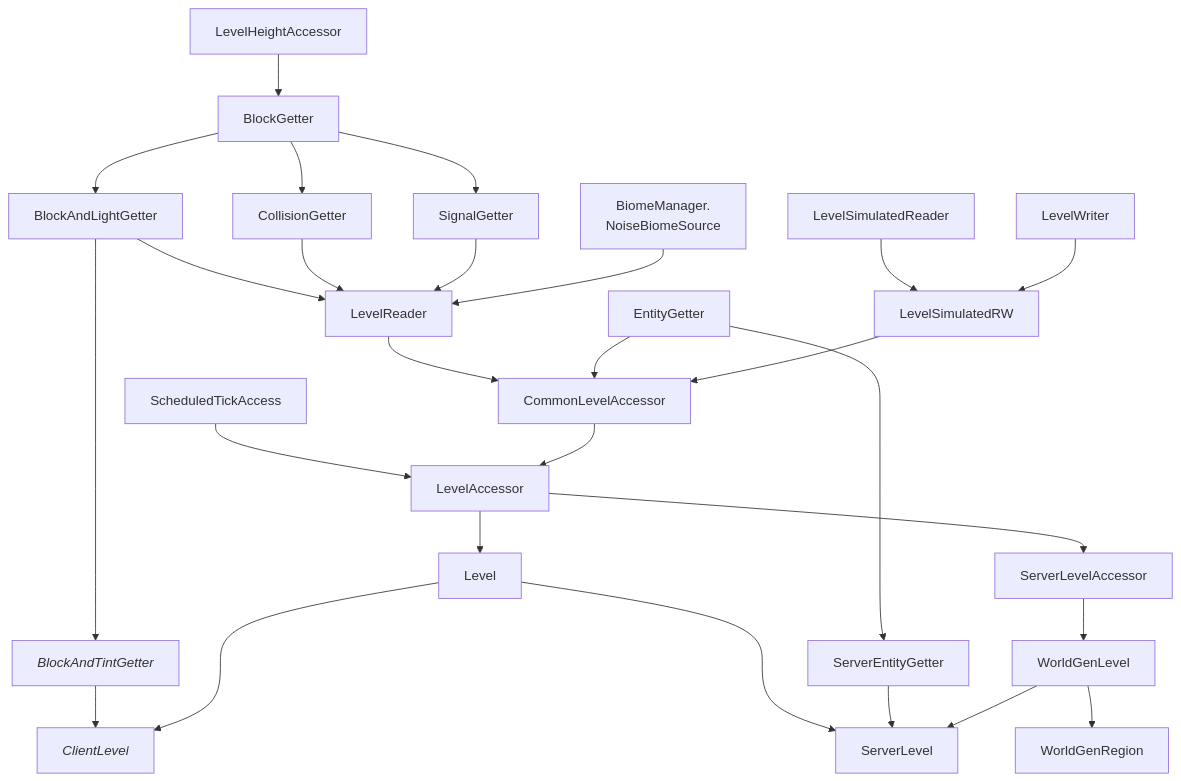
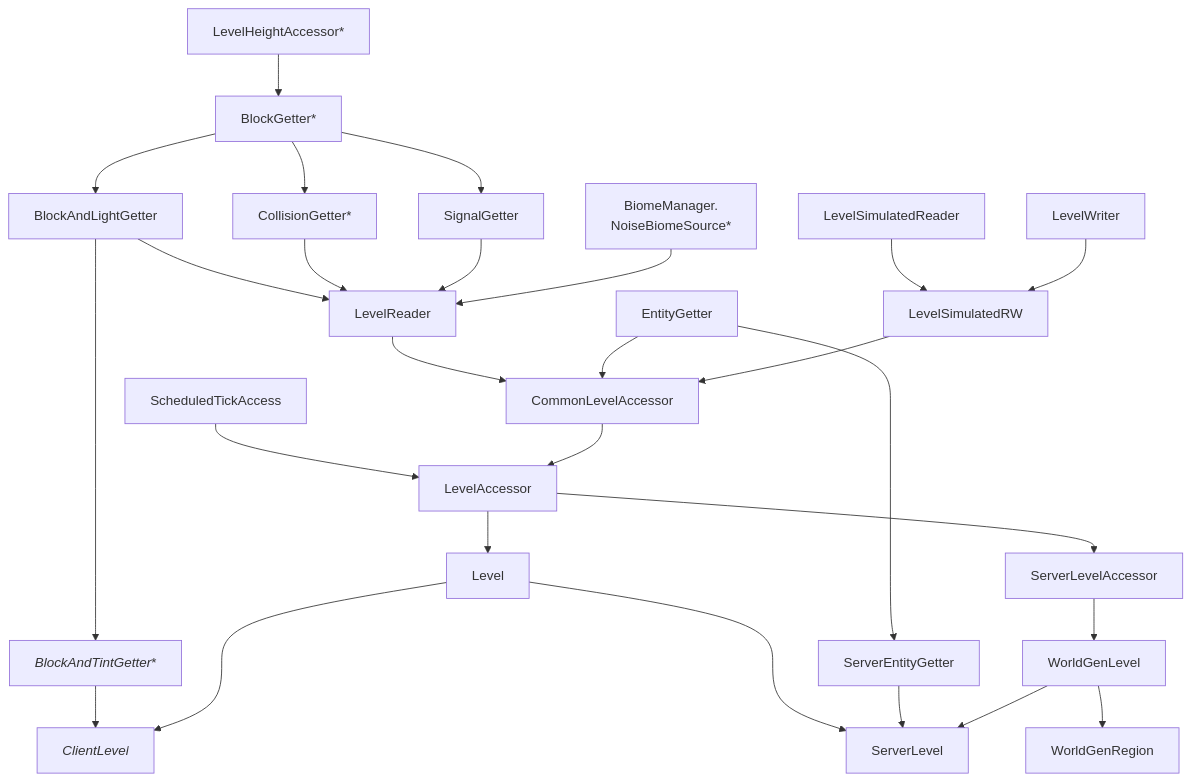
Before and after one commit to neoforged/Documentation: the diagram in docs/misc/levels.md, drawn with Mermaid. The commit also changed other lines of this file, not shown here.

Commit message:
add asterisks to classes used outside the level hierarchy

````diff
--- a/docs/misc/levels.md
+++ b/docs/misc/levels.md
@@ -13,22 +13,25 @@
 ```mermaid
 graph TB
-    BlockAndTintGetter["`*BlockAndTintGetter*`"]
-    ClientLevel["`*ClientLevel*`"]
+    LevelHeightAccessor["LevelHeightAccessor*"]
+    BlockGetter["BlockGetter*"]
+    BlockAndTintGetter["`_BlockAndTintGetter_*`"]
+    CollisionGetter["CollisionGetter*"]
+    ClientLevel["`_ClientLevel_`"]
     NoiseBiomeSource["`BiomeManager.
-    NoiseBiomeSource`"]
+    NoiseBiomeSource*`"]
     
     BlockAndLightGetter --> BlockAndTintGetter --> ClientLevel
     LevelAccessor --> Level --> ClientLevel & ServerLevel
     EntityGetter --> ServerEntityGetter --> ServerLevel
     LevelAccessor --> ServerLevelAccessor --> WorldGenLevel --> ServerLevel & WorldGenRegion
     Level ~~~ BlockAndTintGetter & ServerEntityGetter
     ScheduledTickAccess & CommonLevelAccessor --> LevelAccessor
     LevelReader & EntityGetter --> CommonLevelAccessor
     LevelSimulatedReader & LevelWriter --> LevelSimulatedRW --> CommonLevelAccessor
     LevelHeightAccessor --> BlockGetter --> BlockAndLightGetter & CollisionGetter & SignalGetter --> LevelReader
     NoiseBiomeSource --> LevelReader
 
     class WorldGenLevel,ServerLevelAccessor,LevelAccessor,CommonLevelAccessor,EntityGetter,ServerEntityGetter,BlockAndLightGetter,BlockAndTintGetter,ScheduledTickAccess,LevelSimulatedRW,LevelSimulatedReader,LevelWriter,LevelReader,NoiseBiomeSource,CollisionGetter,SignalGetter,BlockGetter,LevelHeightAccessor green
     class Level yellow
     class ClientLevel,ServerLevel,WorldGenRegion blue
 ```
````
